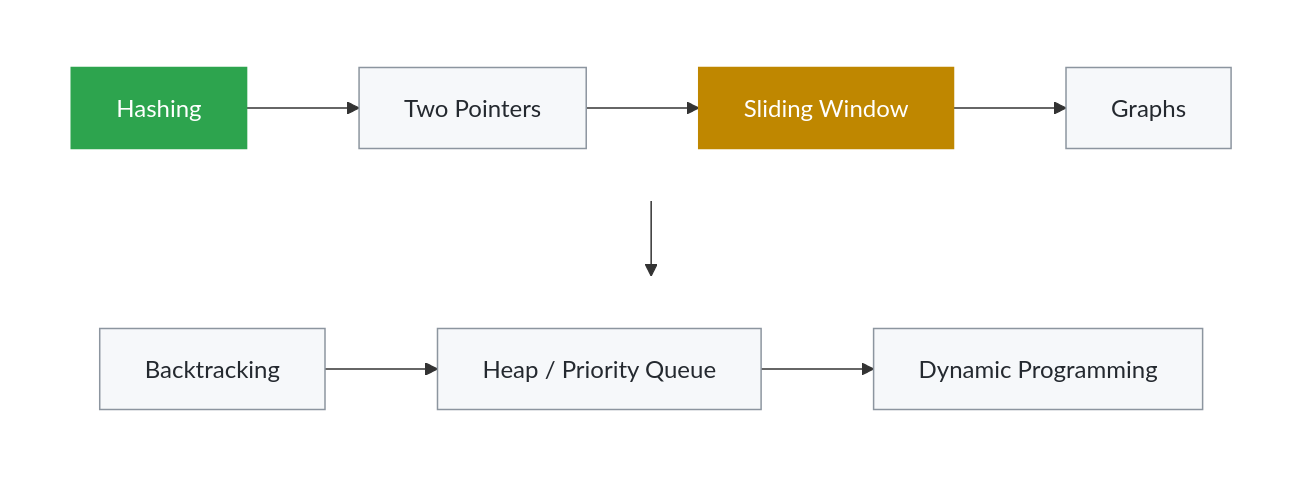
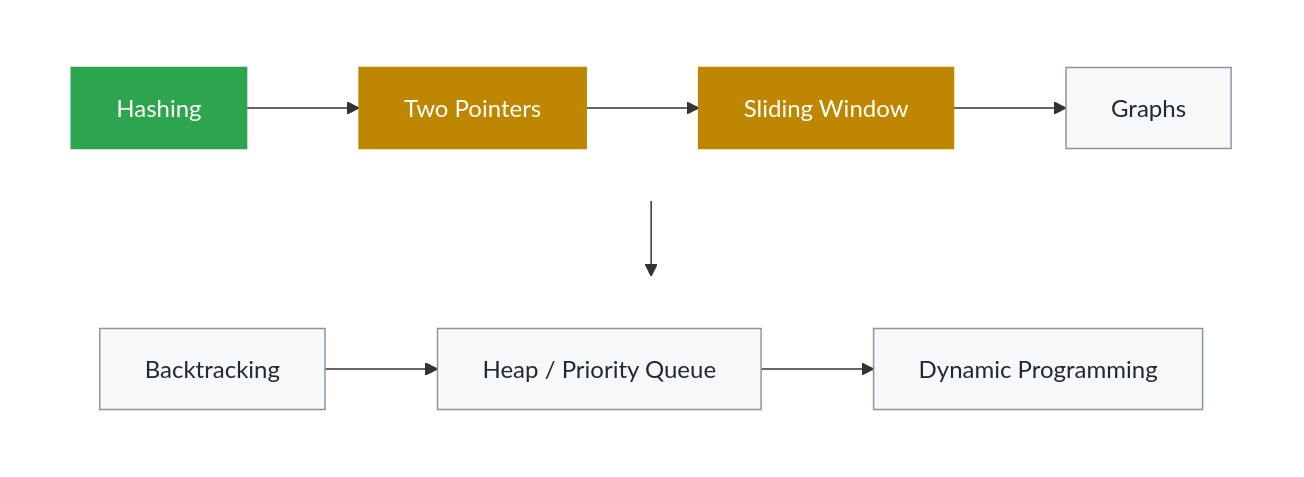
One commit to yuviyashu/java-dsa-patterns changed the diagram in README.md. Above: the diagram before and after it, drawn with Mermaid. The commit also changed other lines of this file and 2 other files, not shown here.

````diff
--- a/README.md
+++ b/README.md
@@ -16,20 +16,20 @@
 ```mermaid
 flowchart TB
     subgraph row1 [" "]
         direction LR
         A[Hashing] --> B[Two Pointers] --> C[Sliding Window] --> D[Graphs]
     end
     subgraph row2 [" "]
         direction LR
         E[Backtracking] --> F[Heap / Priority Queue] --> G[Dynamic Programming]
     end
     row1 --> row2
     style row1 fill:none,stroke:none
     style row2 fill:none,stroke:none
     classDef done fill:#2da44e,color:#fff,stroke:#2da44e
     classDef inprogress fill:#bf8700,color:#fff,stroke:#bf8700
     classDef next fill:#f6f8fa,color:#24292f,stroke:#8c959f
     class A done
-    class C inprogress
-    class B,D,E,F,G next
+    class B,C inprogress
+    class D,E,F,G next
 ```
````
